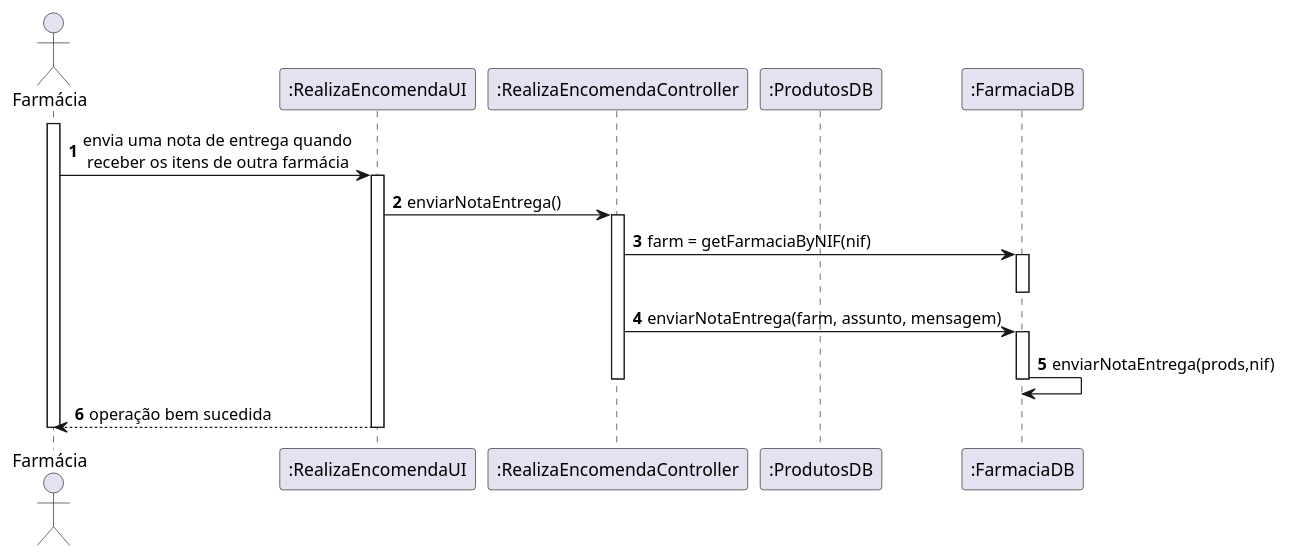
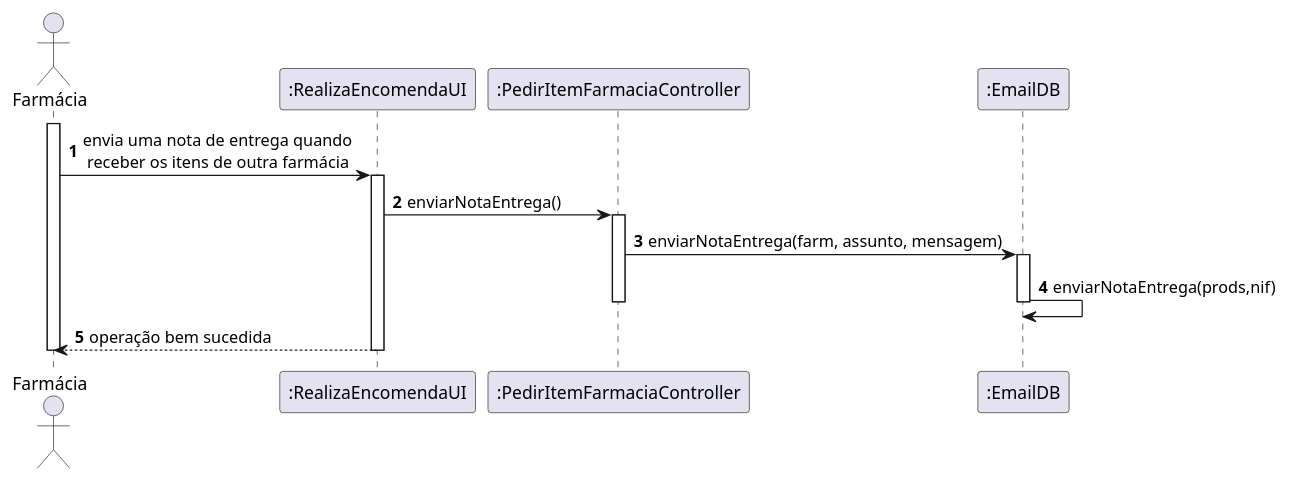
Before and after one commit to pedrolemos4/LAPR3: the diagram in docs/UC132/SD.puml, drawn with PlantUML. The commit also changed 5 other files, not shown here.

```diff
--- a/docs/UC132/SD.puml
+++ b/docs/UC132/SD.puml
@@ -1,33 +1,28 @@
 @startuml
 autonumber
 
 actor "Farmácia" as FARM
 participant ":RealizaEncomendaUI" as UI
-participant ":RealizaEncomendaController" as CTL
-participant ":ProdutosDB" as PDB
-participant ":FarmaciaDB" as FDB
+participant ":PedirItemFarmaciaController" as CTL
+participant ":EmailDB" as FDB
 
 activate FARM
 FARM -> UI : envia uma nota de entrega quando \n receber os itens de outra farmácia
 activate UI
 UI -> CTL : enviarNotaEntrega()
 activate CTL
-
-CTL -> FDB : farm = getFarmaciaByNIF(nif)
-activate FDB
-deactivate FDB
 
 CTL -> FDB : enviarNotaEntrega(farm, assunto, mensagem)
 activate FDB
 
 FDB -> FDB : enviarNotaEntrega(prods,nif)
 
 deactivate FDB
 
 deactivate CTL
 
 UI --> FARM : operação bem sucedida
 deactivate UI
 
 deactivate FARM
 @enduml
```
